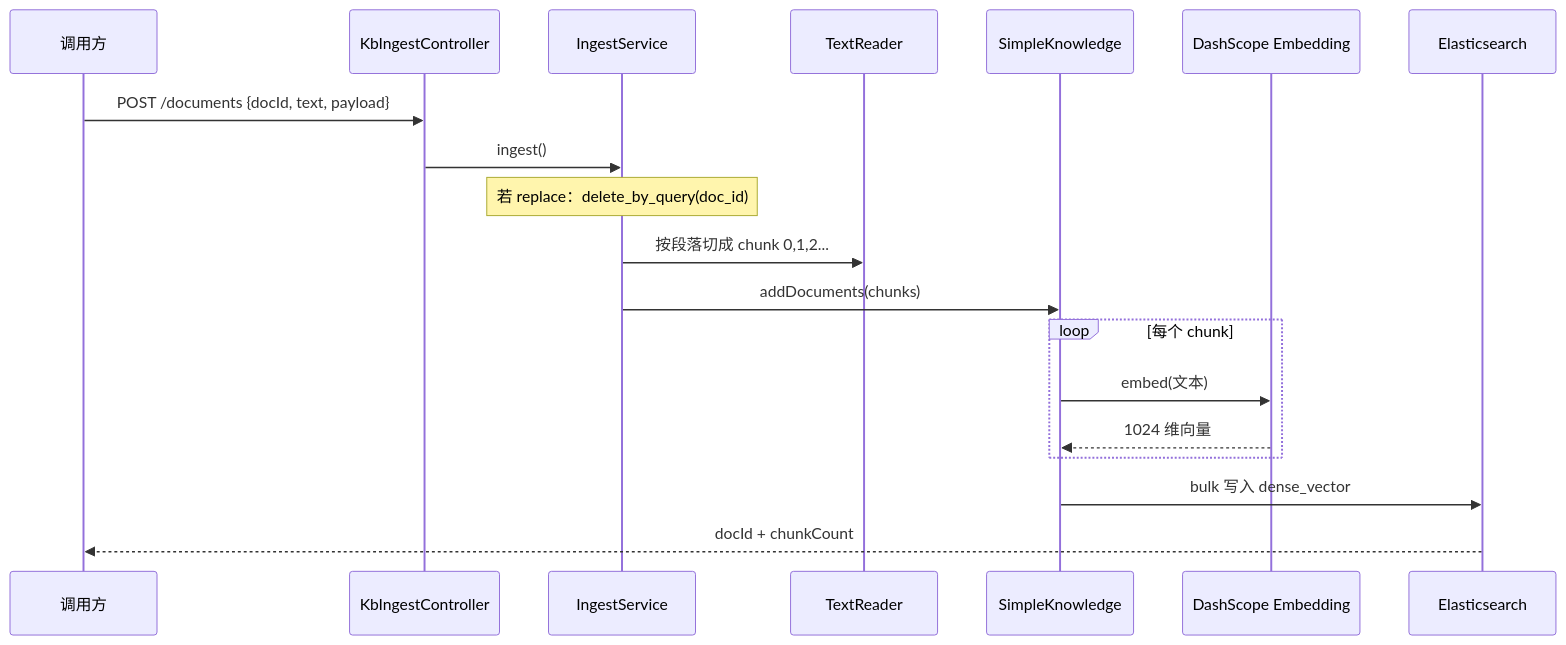
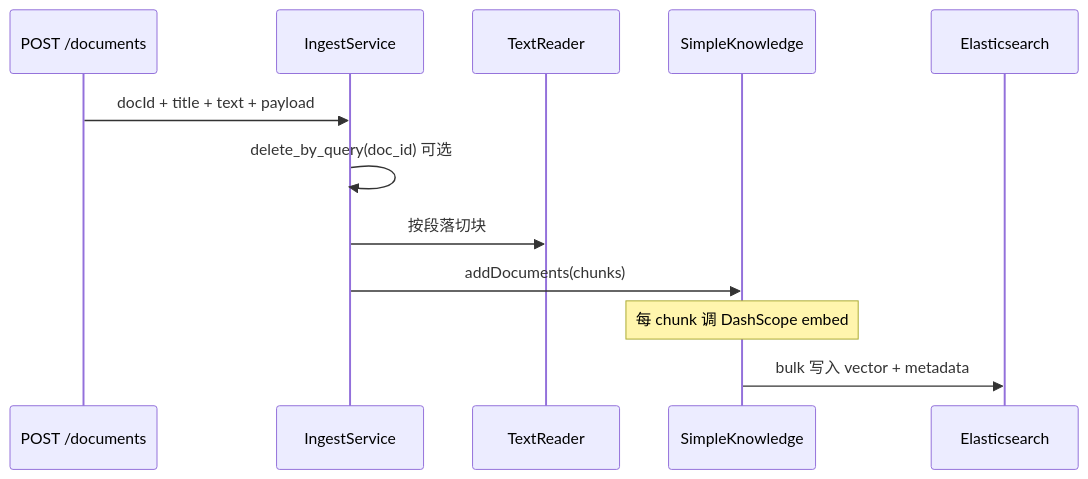
Before and after one commit to qjli/agentscope-rag-es: the second of 2 diagrams in README.md, drawn with Mermaid. The commit also changed other lines of this file, not shown here.

````diff
--- a/README.md
+++ b/README.md
@@ -85,22 +82,15 @@
 ```mermaid
 sequenceDiagram
-    participant U as 调用方
-    participant C as KbIngestController
+    participant API as POST /documents
     participant I as IngestService
     participant R as TextReader
     participant K as SimpleKnowledge
-    participant E as DashScope Embedding
     participant ES as Elasticsearch
 
-    U->>C: POST /documents {docId, text, payload}
-    C->>I: ingest()
-    Note over I: 若 replace：delete_by_query(doc_id)
-    I->>R: 按段落切成 chunk 0,1,2...
+    API->>I: docId + title + text + payload
+    I->>I: delete_by_query(doc_id) 可选
+    I->>R: 按段落切块
     I->>K: addDocuments(chunks)
-    loop 每个 chunk
-        K->>E: embed(文本)
-        E-->>K: 1024 维向量
-    end
-    K->>ES: bulk 写入 dense_vector
-    ES-->>U: docId + chunkCount
+    Note over K: 每 chunk 调 DashScope embed
+    K->>ES: bulk 写入 vector + metadata
 ```
````
